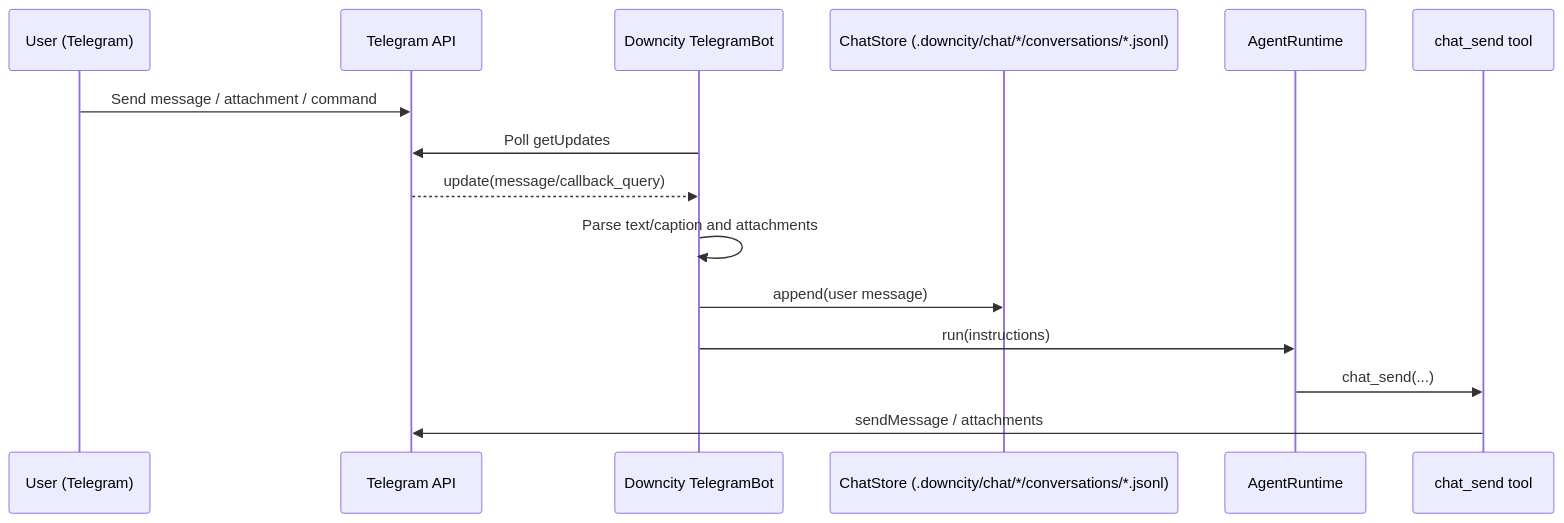
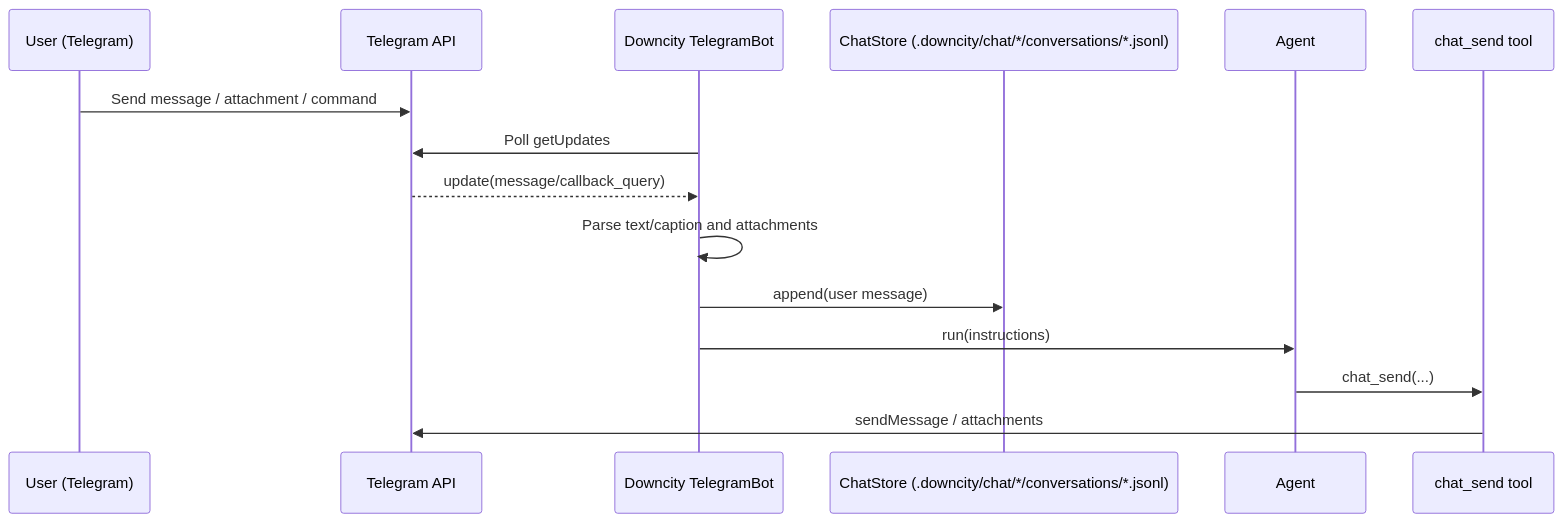
One commit to wangenius/downcity changed the diagram in homepage/content/docs/en/services/chat/telegram-message-flow.mdx. Above: the diagram before and after it, drawn with Mermaid. The commit also changed other lines of this file and 123 other files, not shown here.

````diff
--- a/homepage/content/docs/en/services/chat/telegram-message-flow.mdx
+++ b/homepage/content/docs/en/services/chat/telegram-message-flow.mdx
@@ -16,19 +16,19 @@
 ```mermaid
 sequenceDiagram
   participant U as User (Telegram)
   participant TG as Telegram API
   participant BOT as Downcity TelegramBot
   participant CS as ChatStore (.downcity/chat/*/conversations/*.jsonl)
-  participant RT as AgentRuntime
+  participant RT as Agent
   participant T as chat_send tool
 
   U->>TG: Send message / attachment / command
   BOT->>TG: Poll getUpdates
   TG-->>BOT: update(message/callback_query)
 
   BOT->>BOT: Parse text/caption and attachments
   BOT->>CS: append(user message)
   BOT->>RT: run(instructions)
   RT->>T: chat_send(...)
   T->>TG: sendMessage / attachments
 ```
````
